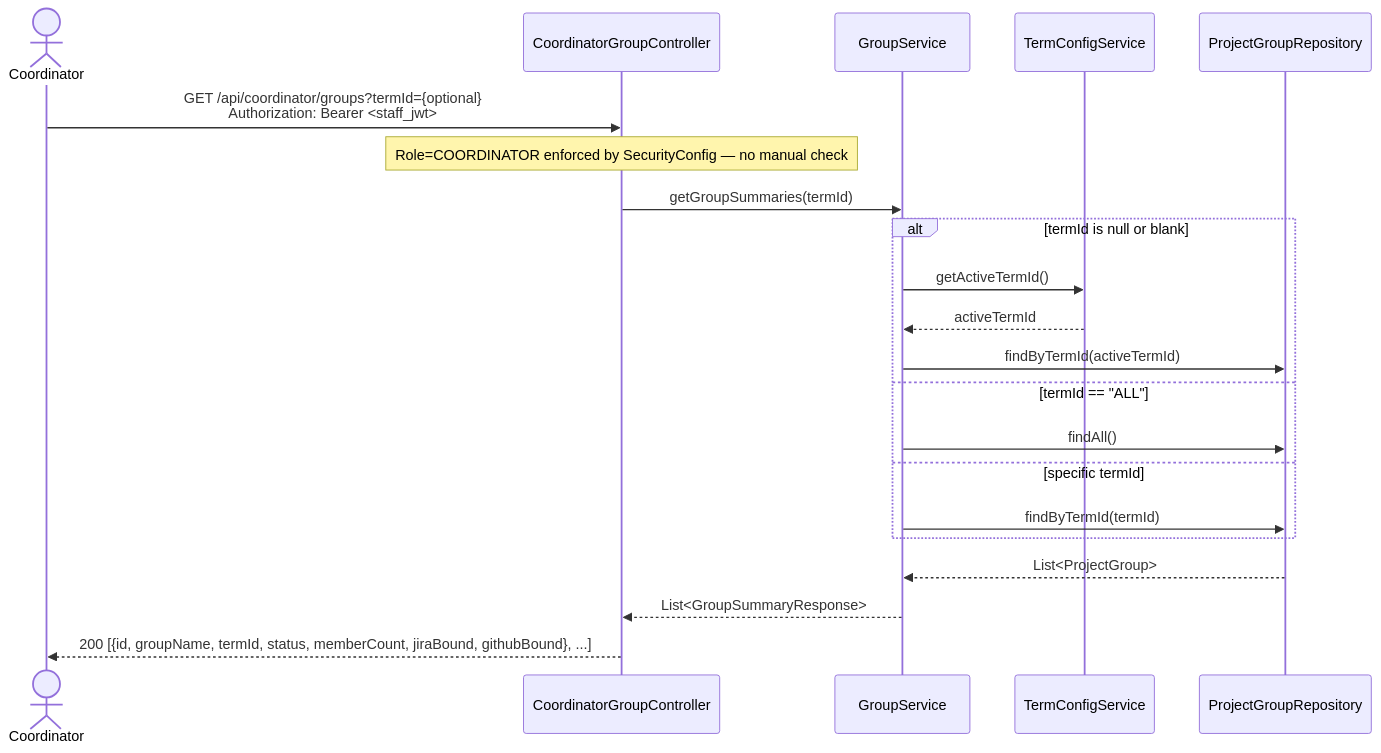
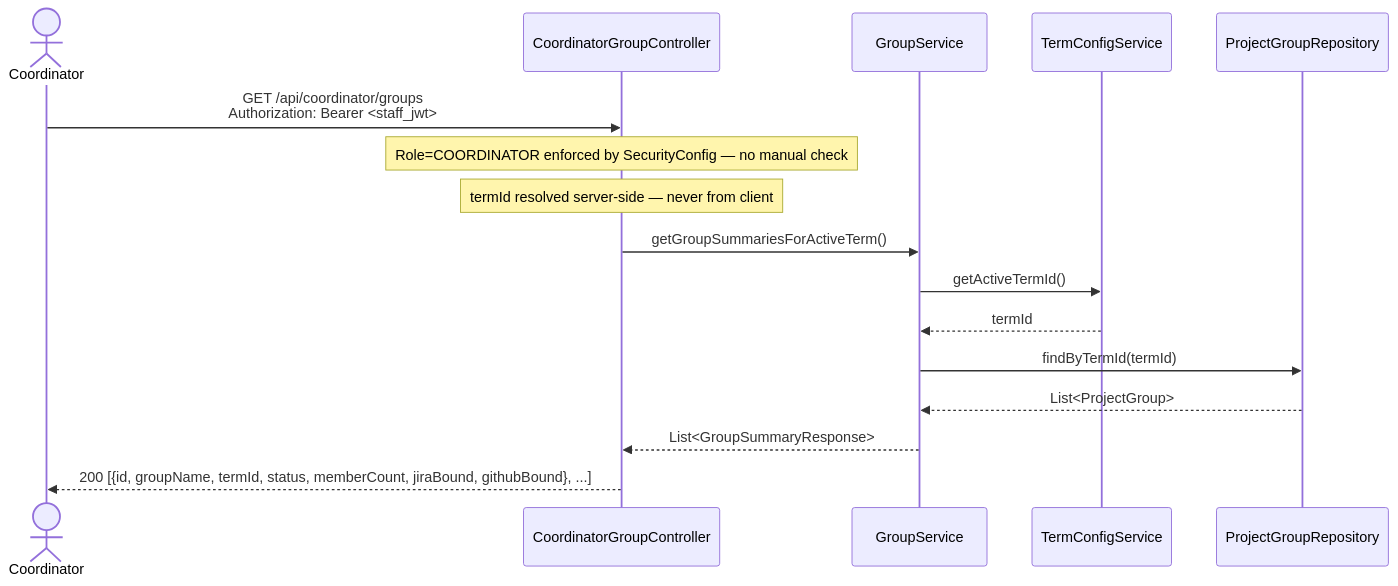
The first of 4 diagrams in docs/process2/sequences/2.6_coordinator_override_p2.md (SE3318-Spring-2025-2026/senior-app-6), drawn with Mermaid before and after one commit. The commit also changed other lines of this file and 20 other files, not shown here.

````diff
--- a/docs/process2/sequences/2.6_coordinator_override_p2.md
+++ b/docs/process2/sequences/2.6_coordinator_override_p2.md
@@ -14,28 +14,24 @@
 ```mermaid
 sequenceDiagram
     actor Coordinator
     participant CoordinatorGroupController
     participant GroupService
     participant TermConfigService
     participant ProjectGroupRepository
 
-    Coordinator->>CoordinatorGroupController: GET /api/coordinator/groups?termId={optional}<br/>Authorization: Bearer <staff_jwt>
+    Coordinator->>CoordinatorGroupController: GET /api/coordinator/groups<br/>Authorization: Bearer <staff_jwt>
 
     Note over CoordinatorGroupController: Role=COORDINATOR enforced by SecurityConfig — no manual check
+    Note over CoordinatorGroupController: termId resolved server-side — never from client
 
-    CoordinatorGroupController->>GroupService: getGroupSummaries(termId)
+    CoordinatorGroupController->>GroupService: getGroupSummariesForActiveTerm()
 
-    alt termId is null or blank
-        GroupService->>TermConfigService: getActiveTermId()
-        TermConfigService-->>GroupService: activeTermId
-        GroupService->>ProjectGroupRepository: findByTermId(activeTermId)
-    else termId == "ALL"
-        GroupService->>ProjectGroupRepository: findAll()
-    else specific termId
-        GroupService->>ProjectGroupRepository: findByTermId(termId)
-    end
+    GroupService->>TermConfigService: getActiveTermId()
+    TermConfigService-->>GroupService: termId
+
+    GroupService->>ProjectGroupRepository: findByTermId(termId)
     ProjectGroupRepository-->>GroupService: List<ProjectGroup>
 
     GroupService-->>CoordinatorGroupController: List<GroupSummaryResponse>
     CoordinatorGroupController-->>Coordinator: 200 [{id, groupName, termId, status, memberCount, jiraBound, githubBound}, ...]
 ```
````
